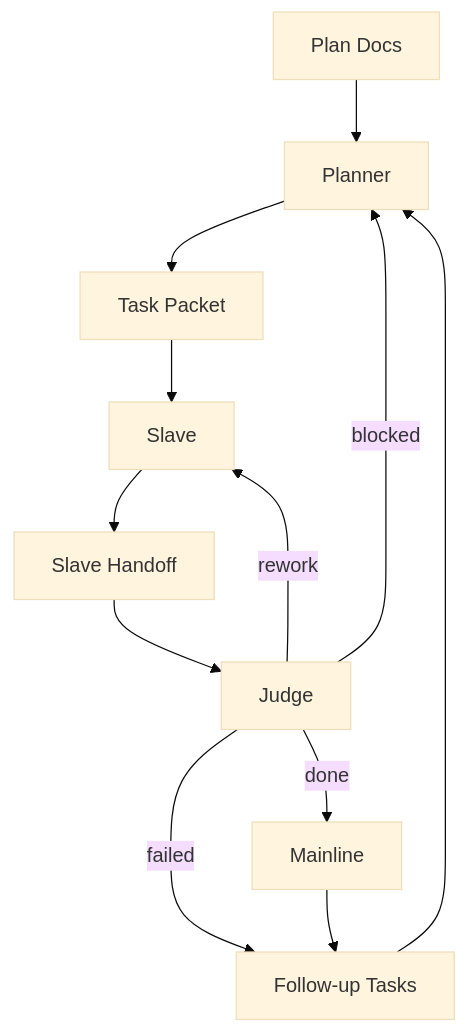
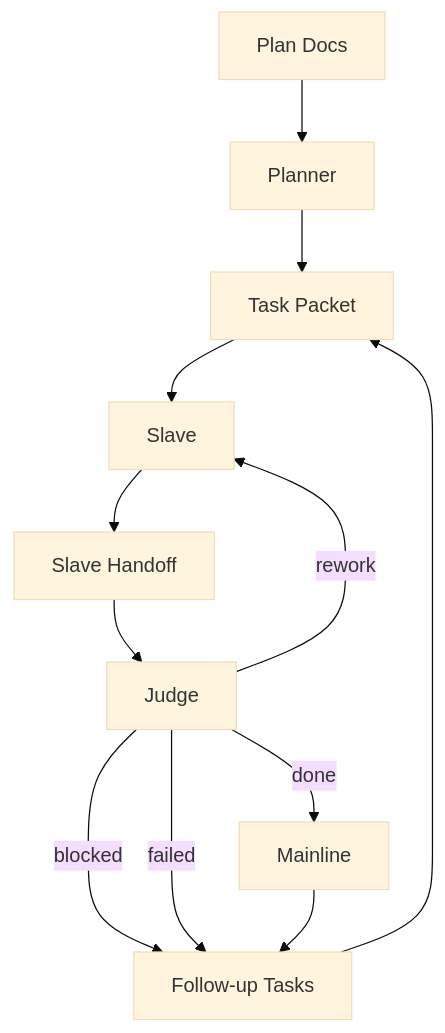
The diagram in docs/workflow.md (avoc-ado/clanker), drawn with Mermaid (base theme) before and after one commit. The commit also changed other lines of this file and 25 other files, not shown here.

Commit message:
feat: update dashboard flow

````diff
--- a/docs/workflow.md
+++ b/docs/workflow.md
@@ -5,14 +5,14 @@
 ```mermaid
 flowchart TD
   A[Plan Docs] --> B[Planner]
   B --> C[Task Packet]
   C --> D[Slave]
   D --> E[Slave Handoff]
   E --> F[Judge]
   F -->|done| G[Mainline]
   F -->|rework| D
-  F -->|blocked| B
+  F -->|blocked| H
   F -->|failed| H
   G --> H[Follow-up Tasks]
-  H --> B
+  H --> C
 ```
````
